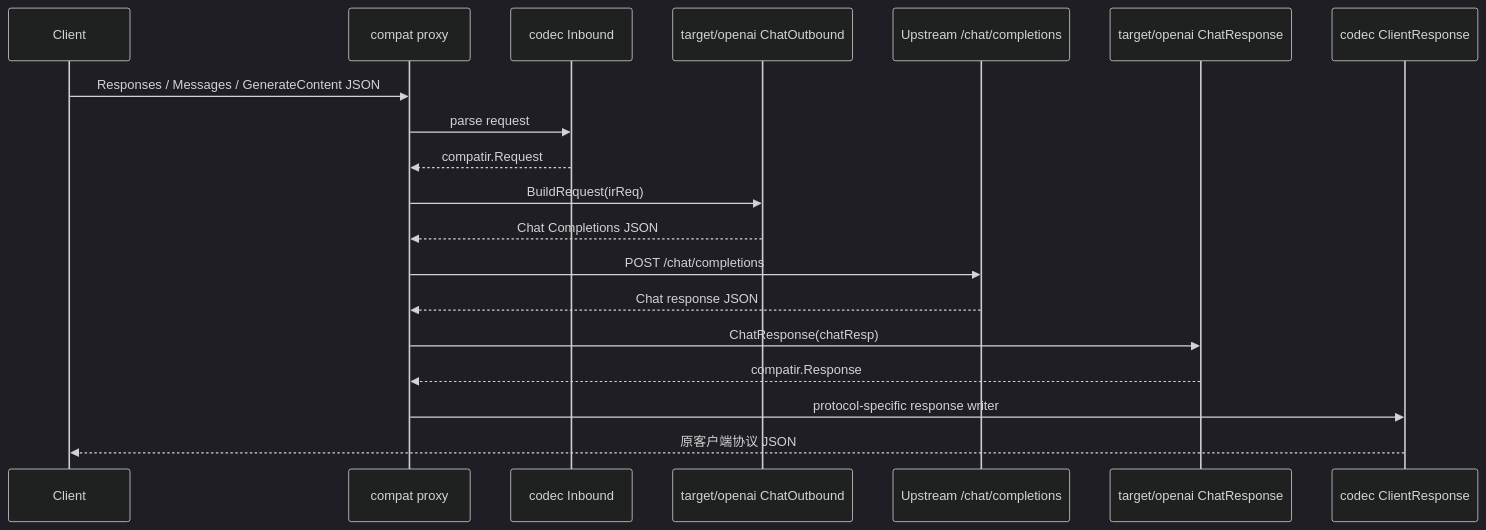
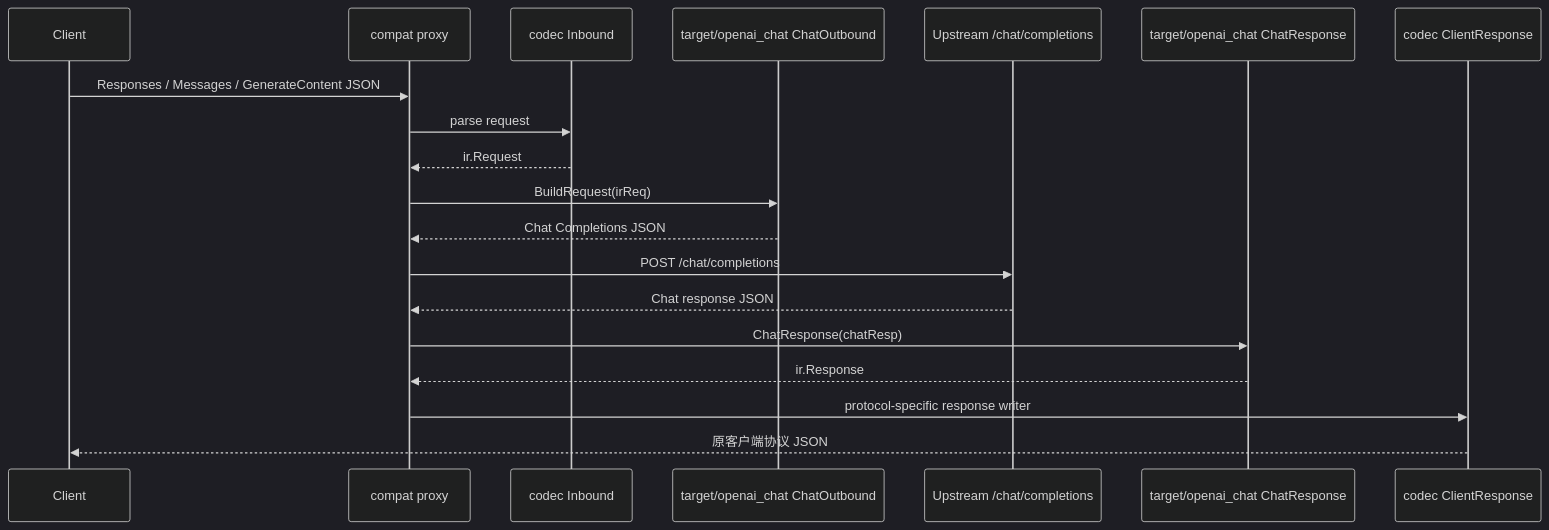
Before and after one commit to zhangsanfeng1094/spark: the third of 7 diagrams in docs/internal-architecture.md, drawn with Mermaid (dark theme). The commit also changed other lines of this file and 92 other files, not shown here.

````diff
--- a/docs/internal-architecture.md
+++ b/docs/internal-architecture.md
@@ -95,22 +102,22 @@
 ```mermaid
 sequenceDiagram
     participant C as Client
     participant P as compat proxy
     participant I as codec Inbound
-    participant O as target/openai ChatOutbound
+    participant O as target/openai_chat ChatOutbound
     participant U as Upstream /chat/completions
-    participant R as target/openai ChatResponse
+    participant R as target/openai_chat ChatResponse
     participant W as codec ClientResponse
 
     C->>P: Responses / Messages / GenerateContent JSON
     P->>I: parse request
-    I-->>P: compatir.Request
+    I-->>P: ir.Request
     P->>O: BuildRequest(irReq)
     O-->>P: Chat Completions JSON
     P->>U: POST /chat/completions
     U-->>P: Chat response JSON
     P->>R: ChatResponse(chatResp)
-    R-->>P: compatir.Response
+    R-->>P: ir.Response
     P->>W: protocol-specific response writer
     W-->>C: 原客户端协议 JSON
 ```
````
